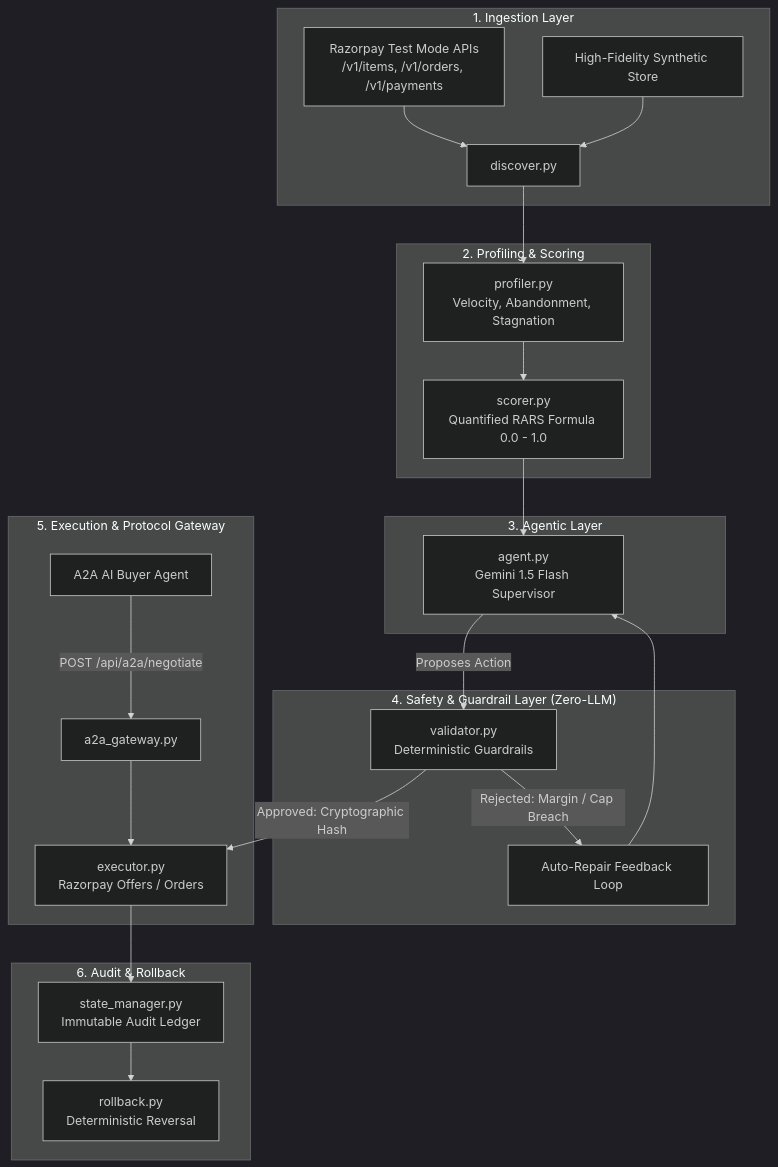
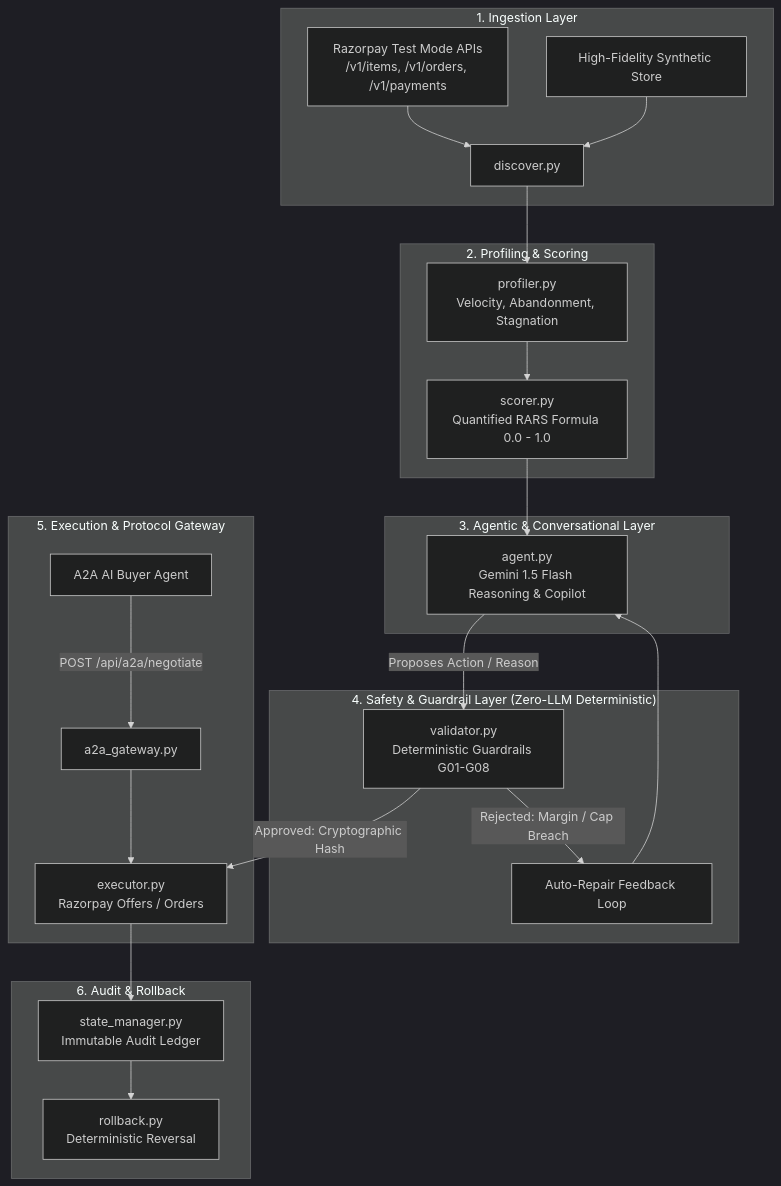
One commit to rakeshraks2612-maker/KuberMesh changed the diagram in README.md. Above: the diagram before and after it, drawn with Mermaid (dark theme). The commit also changed other lines of this file and 8 other files, not shown here.

Commit message:
feat: complete submission hardening - Gemini reasoning integration, live Razorpay A2A orders, live rollback, Conversational Copilot chat, and README fixes

````diff
--- a/README.md
+++ b/README.md
@@ -28,35 +28,35 @@
 ```mermaid
 graph TD
     subgraph INGESTION["1. Ingestion Layer"]
         RZP[Razorpay Test Mode APIs<br>/v1/items, /v1/orders, /v1/payments]
         SYNTH[High-Fidelity Synthetic Store]
         RZP --> DISC[discover.py]
         SYNTH --> DISC
     end
 
     subgraph PROFILING["2. Profiling & Scoring"]
         DISC --> PROF[profiler.py<br>Velocity, Abandonment, Stagnation]
         PROF --> SCORER[scorer.py<br>Quantified RARS Formula 0.0 - 1.0]
     end
 
-    subgraph REASONING["3. Agentic Layer"]
-        SCORER --> AGENT[agent.py<br>Gemini 1.5 Flash Supervisor]
+    subgraph REASONING["3. Agentic & Conversational Layer"]
+        SCORER --> AGENT[agent.py<br>Gemini 1.5 Flash Reasoning & Copilot]
     end
 
-    subgraph SAFETY["4. Safety & Guardrail Layer (Zero-LLM)"]
-        AGENT -->|Proposes Action| VAL[validator.py<br>Deterministic Guardrails]
+    subgraph SAFETY["4. Safety & Guardrail Layer (Zero-LLM Deterministic)"]
+        AGENT -->|Proposes Action / Reason| VAL[validator.py<br>Deterministic Guardrails G01-G08]
         VAL -->|Rejected: Margin / Cap Breach| REPAIR[Auto-Repair Feedback Loop]
         REPAIR --> AGENT
     end
 
     subgraph EXECUTION["5. Execution & Protocol Gateway"]
         VAL -->|Approved: Cryptographic Hash| EXEC[executor.py<br>Razorpay Offers / Orders]
         A2A[A2A AI Buyer Agent] -->|POST /api/a2a/negotiate| GATEWAY[a2a_gateway.py]
         GATEWAY --> EXEC
     end
 
     subgraph AUDIT["6. Audit & Rollback"]
         EXEC --> LEDGER[state_manager.py<br>Immutable Audit Ledger]
         LEDGER --> ROLLBACK[rollback.py<br>Deterministic Reversal]
     end
 ```
````
